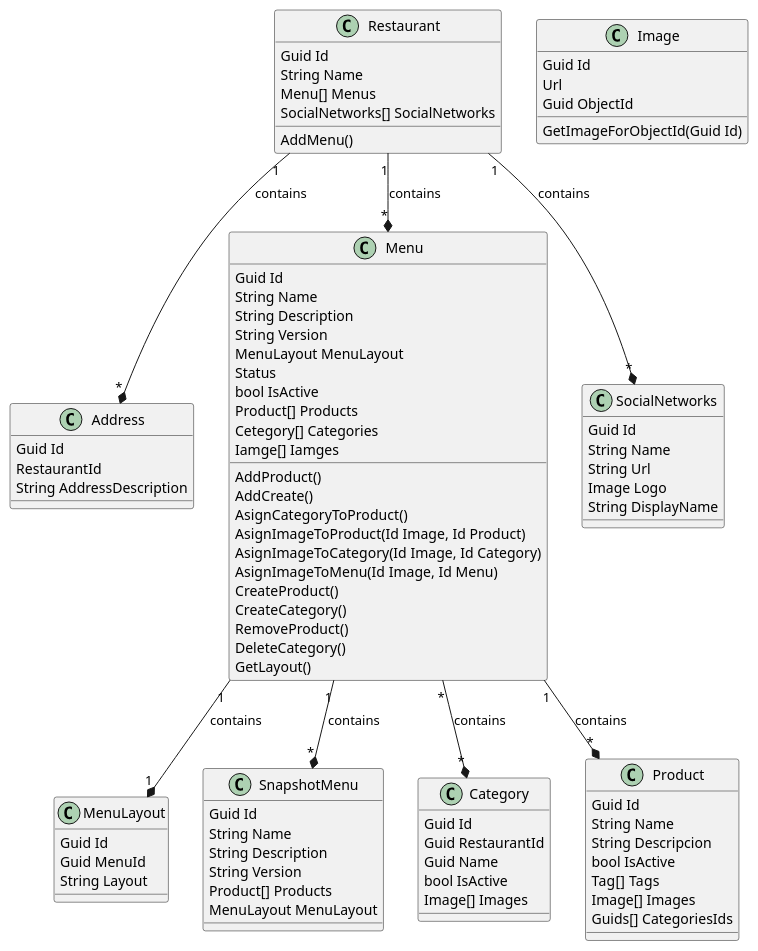
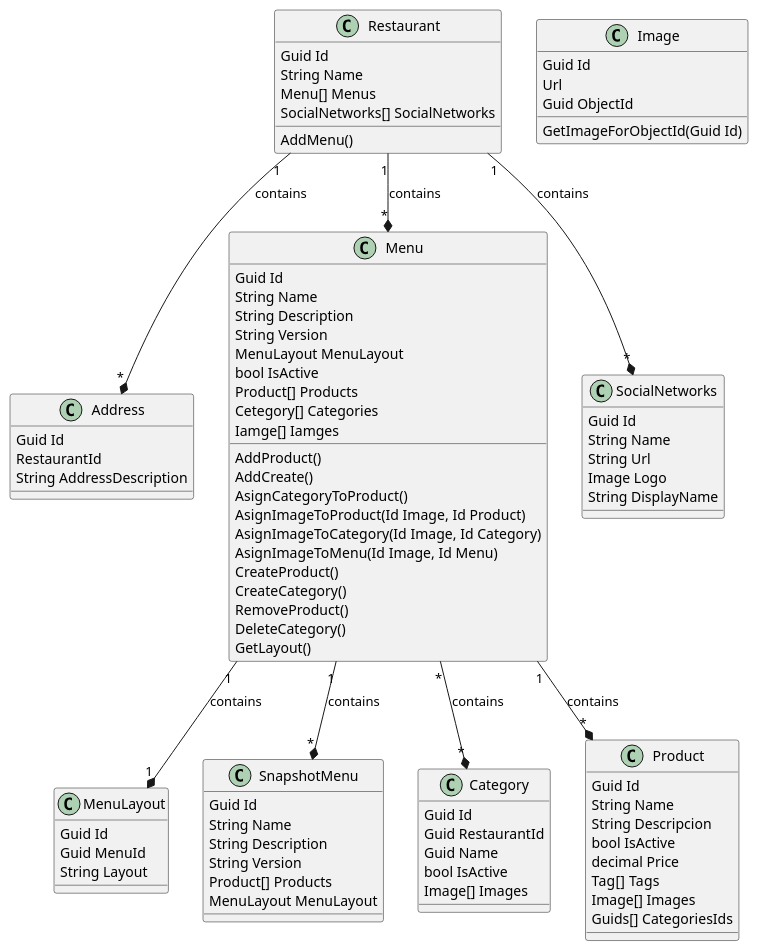
Before and after one commit to yerald231ger/Splitter.Operations: the diagram in Model.pu, drawn with PlantUML. The commit also changed 106 other files, not shown here.

```diff
--- a/Model.pu
+++ b/Model.pu
@@ -1,100 +1,100 @@
 @startuml
 class Restaurant {
 {field} Guid Id
 {field} String Name
 {field} Menu[] Menus
 {field} SocialNetworks[] SocialNetworks
 {method} AddMenu()
 }
 
 class Address {
 {field} Guid Id
 {field} RestaurantId
 {field} String AddressDescription
 }
 
 class MenuLayout{
 {field} Guid Id
 {field} Guid MenuId
 {field} String Layout
 }
 
 class SnapshotMenu{
 {field} Guid Id
 {field} String Name
 {field} String Description
 {field} String Version
 {field} Product[] Products
 {field} MenuLayout MenuLayout
 }
 
 class Menu {
 {field} Guid Id
 {field} String Name
 {field} String Description
 {field} String Version
 {field} MenuLayout MenuLayout
-{field} Status
 {field} bool IsActive
 {field} Product[] Products
 {field} Cetegory[] Categories
 {field} Iamge[] Iamges
 {method} AddProduct()
 {method} AddCreate()
 {method} AsignCategoryToProduct()
 {method} AsignImageToProduct(Id Image, Id Product)
 {method} AsignImageToCategory(Id Image, Id Category)
 {method} AsignImageToMenu(Id Image, Id Menu)
 {method} CreateProduct()
 {method} CreateCategory()
 {method} RemoveProduct()
 {method} DeleteCategory()
 {method} GetLayout()
 }
 
 class SocialNetworks {
 {field} Guid Id
 {field} String Name
 {field} String Url
 {field} Image Logo
 {field} String DisplayName
 }
 
 
 class Image{
 {field} Guid Id
 {field} Url
 {field} Guid ObjectId
 {method} GetImageForObjectId(Guid Id)
 }
 
 class Category {
 {field} Guid Id
 {field} Guid RestaurantId
 {field} Guid Name
 {field} bool IsActive
 {field} Image[] Images
 }
 
 class Product {
 {field} Guid Id
 {field} String Name
 {field} String Descripcion
 {field} bool IsActive
+{field} decimal Price
 {field} Tag[] Tags
 {field} Image[] Images
 {field} Guids[] CategoriesIds
 }
 
 
 Restaurant "1" --* "*"Menu : contains
 Restaurant "1" --* "*"Address : contains
 Restaurant "1" --* "*"SocialNetworks : contains
 Menu "1" --* "1"MenuLayout : contains
 Menu "1" --* "*"SnapshotMenu : contains
 Menu "1" --* "*"Product : contains
 Menu"*" --* "*"Category : contains
 
 
 
 @enduml
```
